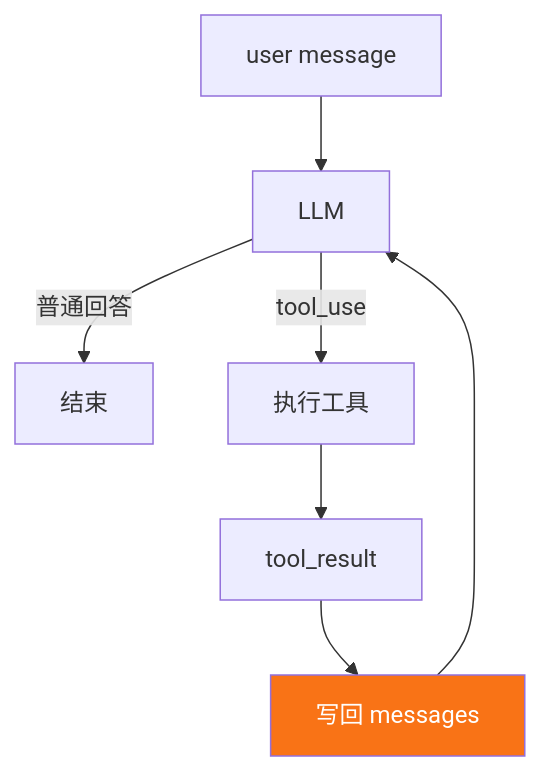
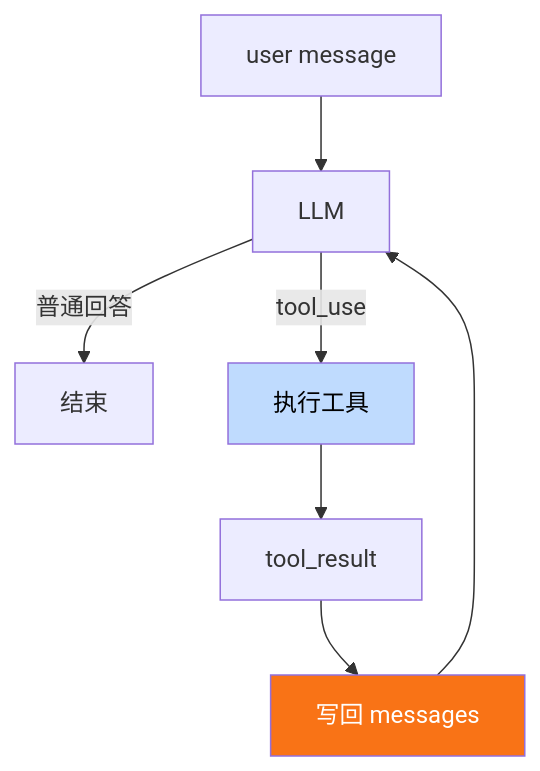
Before and after one commit to open-fox/learn-claude-code: the second of 17 diagrams in slidev-presentation/slides.md, drawn with Mermaid. The commit also changed other lines of this file, not shown here.

````diff
--- a/slidev-presentation/slides.md
+++ b/slidev-presentation/slides.md
@@ -607,10 +607,11 @@
 ```mermaid {scale: 0.6}
 graph TD
   A["user message"] --> B["LLM"]
   B -->|"普通回答"| C["结束"]
   B -->|"tool_use"| D["执行工具"]
   D --> E["tool_result"]
   E --> F["写回 messages"]
   F --> B
   style F fill:#f97316,color:#fff
+  style D fill:#bfdbfe,color:#000
 ```
````
